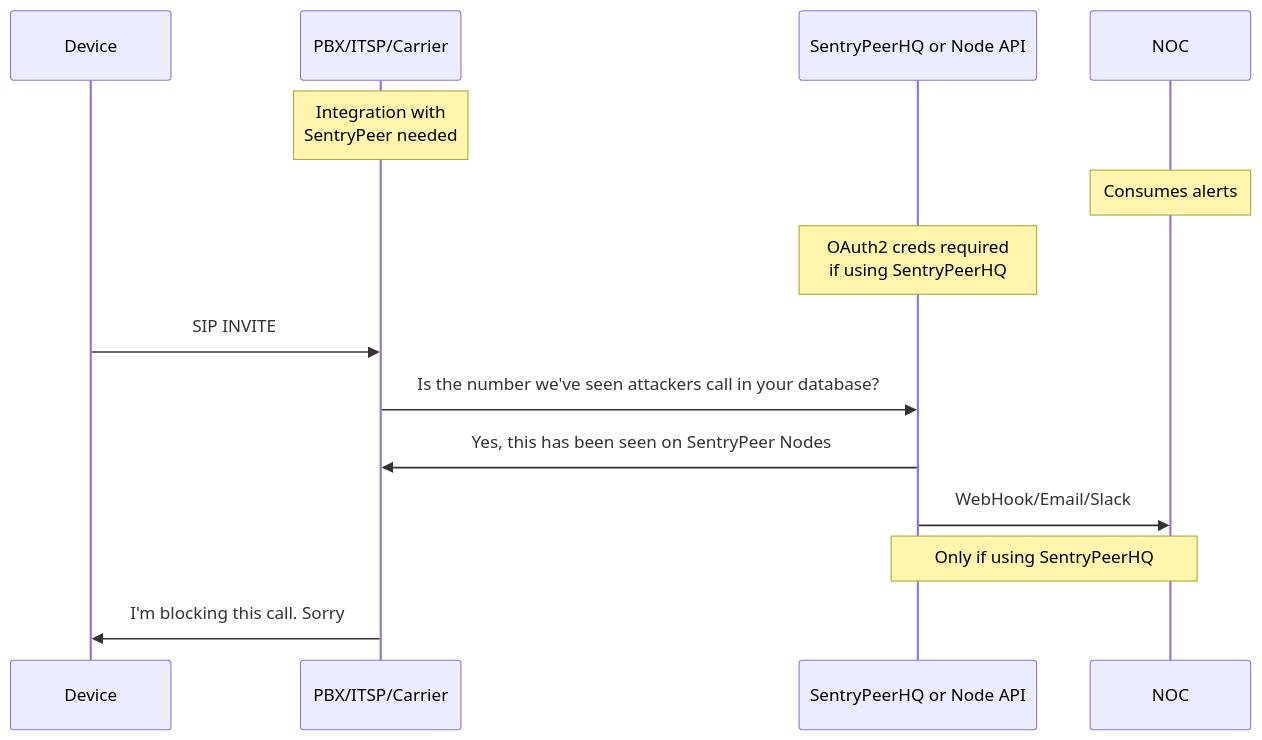
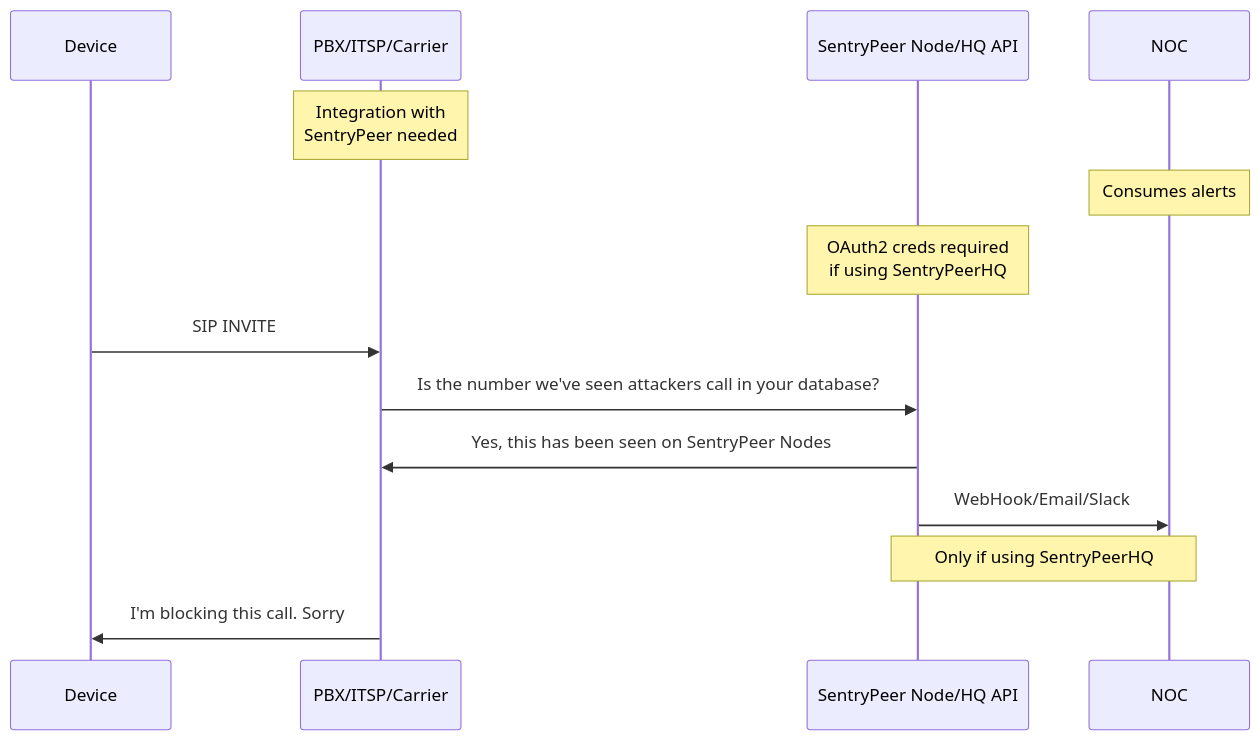
One commit to SentryPeer/SentryPeer changed the fourth of 4 diagrams in README.md. Above: the diagram before and after it, drawn with Mermaid. The commit also changed other lines of this file, not shown here.

Commit message:
docs: Some mermaid corrections

````diff
--- a/README.md
+++ b/README.md
@@ -137,16 +141,16 @@
 ```mermaid
 sequenceDiagram
     participant D as Device
     participant P as PBX/ITSP/Carrier
-    participant HQ as SentryPeerHQ or Node API
+    participant HQ as SentryPeer Node/HQ API
     participant N as NOC
     Note over P: Integration with <br/>SentryPeer needed
     Note over N: Consumes alerts
     Note over HQ: OAuth2 creds required<br/> if using SentryPeerHQ
     D->>P: SIP INVITE
     P->>HQ: Is the number we've seen attackers call in your database?
     HQ->>P: Yes, this has been seen on SentryPeer Nodes
     HQ->>N: WebHook/Email/Slack
     Note over HQ,N: Only if using SentryPeerHQ
     P->>D: I'm blocking this call. Sorry
 ```
````
